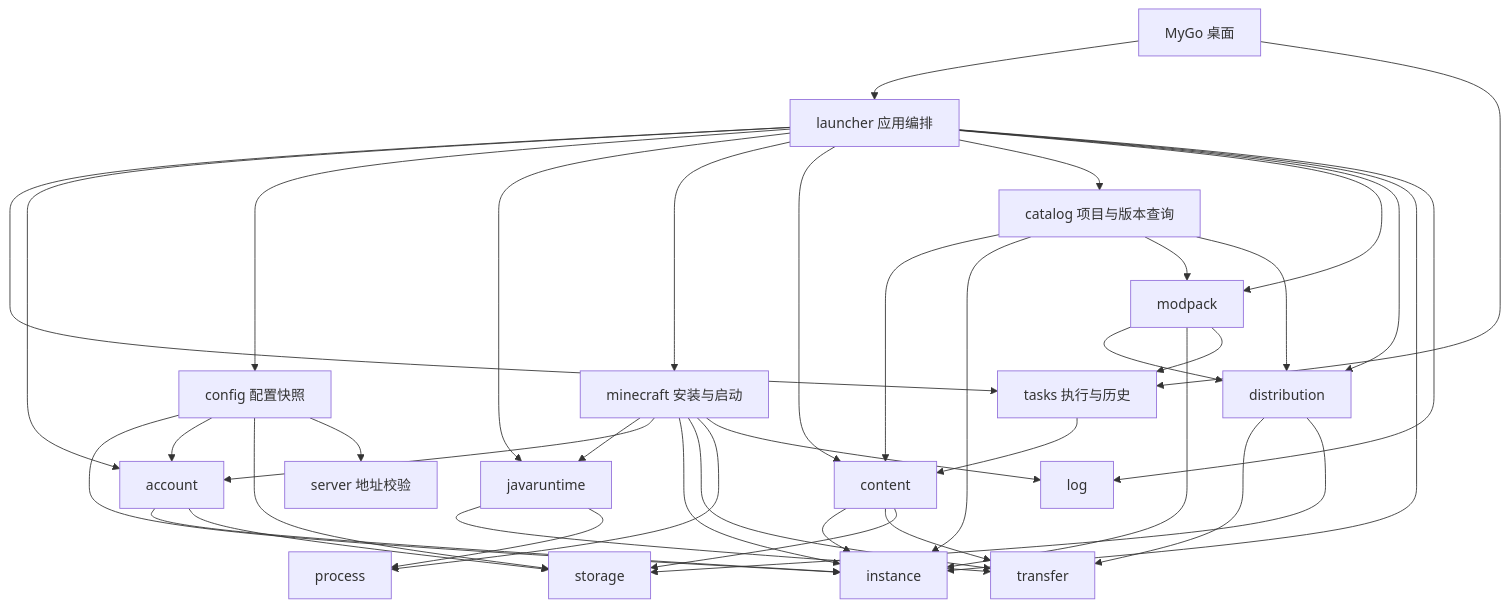
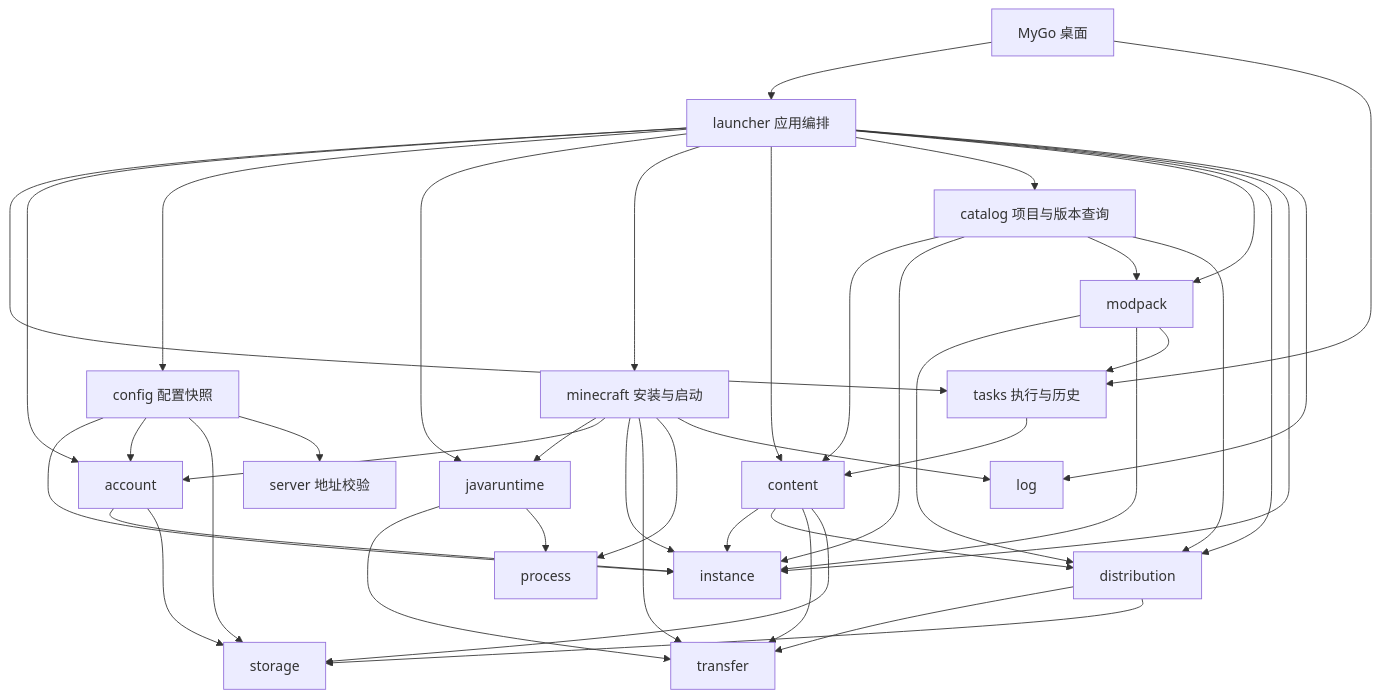
Before and after one commit to CAUCraft/LXMCL: the diagram in docs/architecture.md, drawn with Mermaid. The commit also changed other lines of this file and 8 other files, not shown here.

````diff
--- a/docs/architecture.md
+++ b/docs/architecture.md
@@ -30,43 +30,44 @@
 ```mermaid
 flowchart TD
     UI[MyGo 桌面] --> Launcher[launcher 应用编排]
     UI --> Tasks[tasks 执行与历史]
     Launcher --> Tasks
     Launcher --> Account[account]
     Launcher --> Config[config 配置快照]
     Config --> Instance
     Config --> Account
     Config --> Storage
     Config --> Server[server 地址校验]
     Launcher --> Java[javaruntime]
     Launcher --> Minecraft[minecraft 安装与启动]
     Minecraft --> Java
     Minecraft --> Account
     Minecraft --> Instance
     Minecraft --> Transfer
     Minecraft --> Process
     Minecraft --> Logs
     Launcher --> Content[content]
     Launcher --> Catalog[catalog 项目与版本查询]
     Catalog --> Content
     Catalog --> Instance
     Catalog --> Modpack
     Catalog --> Distribution
     Launcher --> Modpack[modpack]
     Launcher --> Distribution[distribution]
     Modpack --> Distribution
     Modpack --> Instance
     Modpack --> Tasks
     Distribution --> Transfer
     Distribution --> Storage
     Launcher --> Instance[instance]
     Tasks --> Content
     Content --> Instance
+    Content --> Distribution
     Content --> Transfer[transfer]
     Content --> Storage
     Java --> Transfer
     Java --> Process[process]
     Account --> Instance
     Account --> Storage[storage]
     Launcher --> Logs[log]
 ```
````
